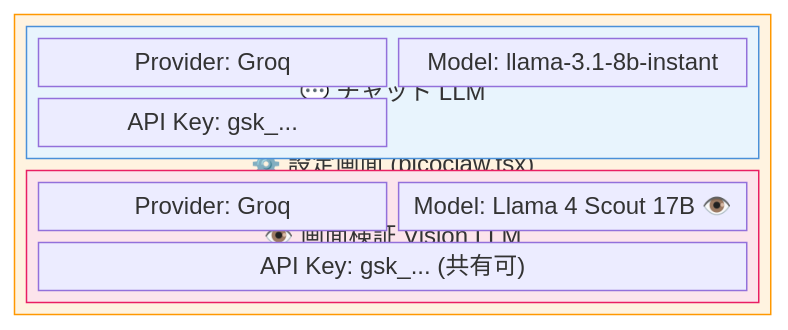
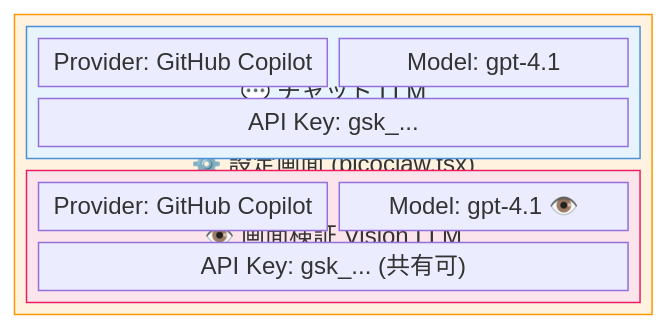
The fifth of 6 diagrams in desktop/docs/picoclaw-lock-login-spec.md (sipeed/NanoKVM-USB), drawn with Mermaid before and after one commit. The commit also changed other lines of this file and 1 other file, not shown here.

Commit message:
docs: update spec for upstream merge (model_name, gpt-4.1, changelog)

````diff
--- a/desktop/docs/picoclaw-lock-login-spec.md
+++ b/desktop/docs/picoclaw-lock-login-spec.md
@@ -536,23 +535,23 @@
 ```mermaid
 block-beta
     columns 1
     block:settings["⚙️ 設定画面 (picoclaw.tsx)"]
         columns 2
         block:chat["💬 チャット LLM"]:2
             columns 2
-            chatProvider["Provider: Groq"]
-            chatModel["Model: llama-3.1-8b-instant"]
+            chatProvider["Provider: GitHub Copilot"]
+            chatModel["Model: gpt-4.1"]
             chatKey["API Key: gsk_..."]:2
         end
         block:vision["👁️ 画面検証 Vision LLM"]:2
             columns 2
-            visionProvider["Provider: Groq"]
-            visionModel["Model: Llama 4 Scout 17B 👁️"]
+            visionProvider["Provider: GitHub Copilot"]
+            visionModel["Model: gpt-4.1 👁️"]
             visionKey["API Key: gsk_... (共有可)"]:2
         end
     end
 
     style settings fill:#fff3e0,stroke:#ff9800
     style chat fill:#e8f4fd,stroke:#4a90d9
     style vision fill:#fce4ec,stroke:#e91e63
 ```
````
